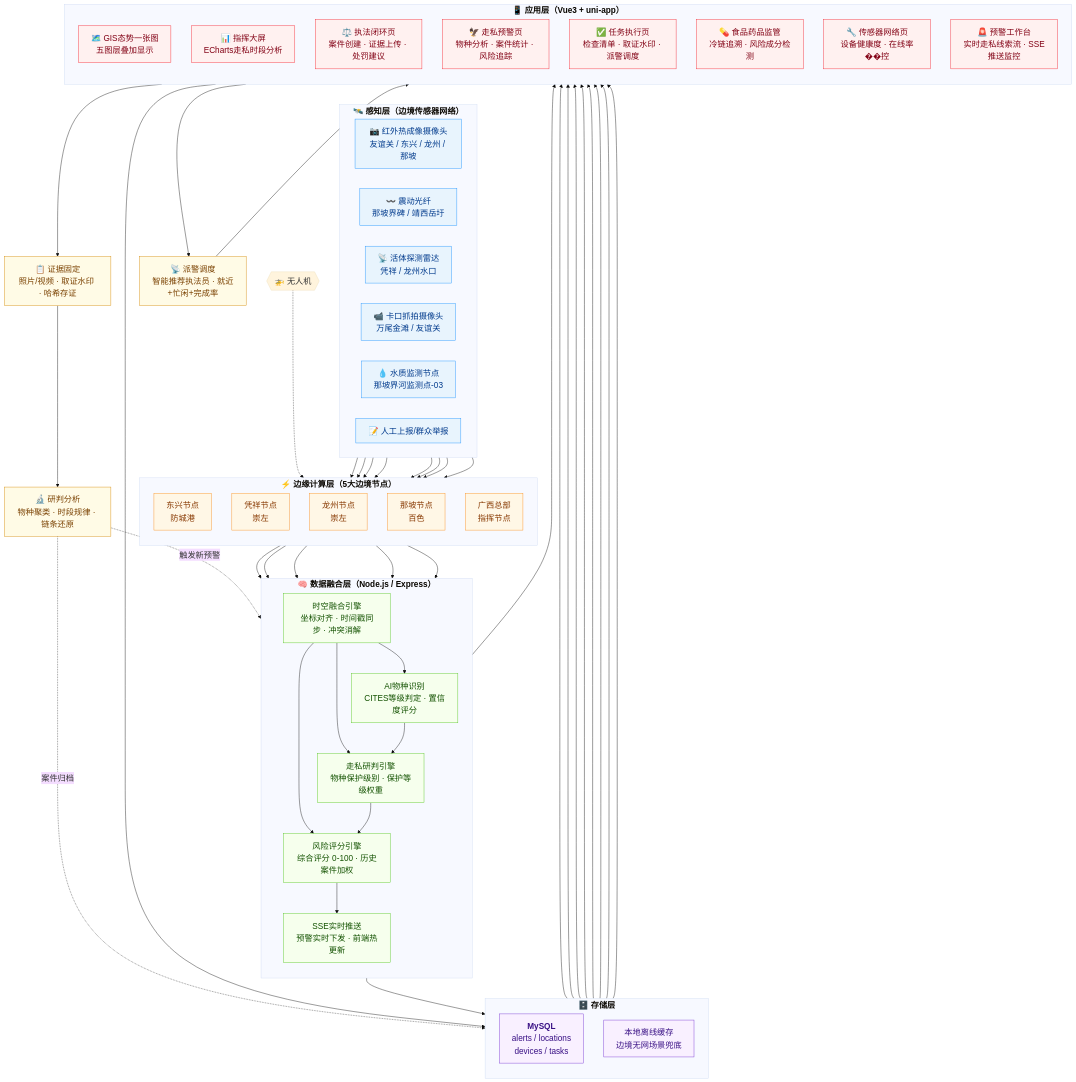
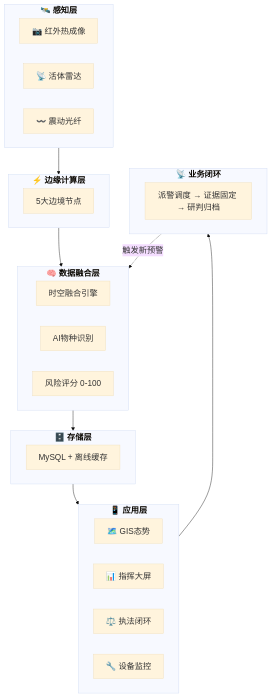
The diagram in architecture/README.md (ppqqmeimei-create/reyanqinxiao), drawn with Mermaid before and after one commit. The commit also changed other lines of this file, not shown here.

Commit message:
refactor: 简化架构图，保留核心模块，优化布局
Made-with: Cursor

````diff
--- a/architecture/README.md
+++ b/architecture/README.md
@@ -27,94 +27,41 @@
 ```mermaid
-%%{init: {'theme': 'base', 'themeVariables': { 'fontSize': '20px', 'nodeSpacing': '35', 'rankSpacing': '120'}}}%%
+%%{init: {'theme': 'base', 'themeVariables': { 'fontSize': '20px', 'nodeSpacing': '30', 'rankSpacing': '80'}}}%%
 flowchart TB
-    subgraph SENSOR["<b>🛰️ 感知层（边境传感器网络）</b>"]
-        direction LR
-        IR["📷 红外热成像摄像头\n友谊关 / 东兴 / 龙州 / 那坡"]
-        VIB["〰️ 震动光纤\n那坡界碑 / 靖西岳圩"]
-        RADAR["📡 活体探测雷达\n凭祥 / 龙州水口"]
-        CAM["📹 卡口抓拍摄像头\n万尾金滩 / 友谊关"]
-        WATER["💧 水质监测节点\n那坡界河监测点-03"]
-        MANUAL["📝 人工上报/群众举报"]
+    subgraph SENSOR["<b>🛰️ 感知层</b>"]
+        IR["📷 红外热成像"]
+        RADAR["📡 活体雷达"]
+        VIB["〰️ 震动光纤"]
     end
 
-    subgraph EDGE["<b>⚡ 边缘计算层（5大边境节点）</b>"]
-        direction TB
-        E1["东兴节点\n防城港"]
-        E2["凭祥节点\n崇左"]
-        E3["龙州节点\n崇左"]
-        E4["那坡节点\n百色"]
-        E5["广西总部\n指挥节点"]
+    subgraph EDGE["<b>⚡ 边缘计算层</b>"]
+        EDGE_NODE["5大边境节点"]
     end
 
-    subgraph FUSION["<b>🧠 数据融合层（Node.js / Express）</b>"]
-        direction TB
-        FUSE["时空融合引擎\n坐标对齐 · 时间戳同步 · 冲突消解"]
-        AI["AI物种识别\nCITES等级判定 · 置信度评分"]
-        JUDGE["走私研判引擎\n物种保护级别 · 保护等级权重"]
-        RISK["风险评分引擎\n综合评分 0-100 · 历史案件加权"]
-        SSE["SSE实时推送\n预警实时下发 · 前端热更新"]
+    subgraph FUSION["<b>🧠 数据融合层</b>"]
+        FUSE["时空融合引擎"]
+        AI["AI物种识别"]
+        RISK["风险评分 0-100"]
     end
 
     subgraph STORE["<b>🗄️ 存储层</b>"]
-        direction TB
-        MYSQL["<b>MySQL</b>\nalerts / locations\ndevices / tasks"]
-        CACHE["本地离线缓存\n边境无网场景兜底"]
+        MYSQL["MySQL + 离线缓存"]
     end
 
-    subgraph APP["<b>📱 应用层（Vue3 + uni-app）</b>"]
-        direction TB
-        GIS["🗺️ GIS态势一张图\n五图层叠加显示"]
-        DASH["📊 指挥大屏\nECharts走私时段分析"]
-        ENFORCE["⚖️ 执法闭环页\n案件创建 · 证据上传 · 处罚建议"]
-        WILDLIFE["🦅 走私预警页\n物种分析 · 案件统计 · 风险追踪"]
-        TASK["✅ 任务执行页\n检查清单 · 取证水印 · 派警调度"]
-        FOODDRUG["💊 食品药品监管\n冷链追溯 · 风险成分检测"]
-        DEV["🔧 传感器网络页\n设备健康度 · 在线率��控"]
-        ALERT_UI["🚨 预警工作台\n实时走私线索流 · SSE推送监控"]
+    subgraph APP["<b>📱 应用层</b>"]
+        GIS["🗺️ GIS态势"]
+        DASH["📊 指挥大屏"]
+        ENFORCE["⚖️ 执法闭环"]
+        DEV["🔧 设备监控"]
     end
 
-    IR & CAM --> E1
-    IR --> E2
-    VIB --> E4
-    RADAR --> E2 & E3
-    WATER --> E4
-    MANUAL --> E2
-    DRONE{{🚁 无人机}} -.-> E5
+    subgraph LOOP["<b>📡 业务闭环</b>"]
+        TASK["派警调度 → 证据固定 → 研判归档"]
+    end
 
-    E1 & E2 & E3 & E4 & E5 --> FUSE
-
-    FUSE --> AI
-    FUSE --> JUDGE
-    FUSE --> RISK
-    AI --> JUDGE
-    JUDGE --> RISK
-    RISK --> SSE
-    SSE --> ALERT_UI
-
-    FUSE --> MYSQL
-    ALERT_UI --> MYSQL
-
-    MYSQL --> GIS & DASH & ENFORCE & WILDLIFE & TASK & FOODDRUG & DEV
-    CACHE --> GIS
-
-    ALERT_UI --> DISPATCH["📡 派警调度\n智能推荐执法员 · 就近+忙闲+完成率"]
-    DISPATCH --> ENFORCE
-    ENFORCE --> EVIDENCE["📋 证据固定\n照片/视频 · 取证水印 · 哈希存证"]
-    EVIDENCE --> RESEARCH["🔬 研判分析\n物种聚类 · 时段规律 · 链条还原"]
-    RESEARCH -.->|触发新预警| SSE
-    RESEARCH -.->|案件归档| MYSQL
-
-    classDef SENSOR fill:#e8f4fd,stroke:#1890ff,color:#003a8c
-    classDef EDGE fill:#fff7e6,stroke:#fa8c16,color:#873800
-    classDef FUSION fill:#f6ffed,stroke:#52c41a,color:#135200
-    classDef STORE fill:#f9f0ff,stroke:#722ed1,color:#391085
-    classDef APP fill:#fff1f0,stroke:#f5222d,color:#820014
-    classDef LOOP fill:#fffbe6,stroke:#d48806,color:#7a4100
-
-    class IR,VIB,RADAR,CAM,WATER,MANUAL SENSOR
-    class E1,E2,E3,E4,E5 EDGE
-    class FUSE,AI,JUDGE,RISK,SSE FUSION
-    class MYSQL,CACHE STORE
-    class GIS,DASH,ENFORCE,WILDLIFE,TASK,FOODDRUG,DEV,ALERT_UI APP
-    class DISPATCH,EVIDENCE,RESEARCH LOOP
+    SENSOR --> EDGE
+    EDGE --> FUSION
+    FUSION --> STORE
+    STORE --> APP
+    APP --> LOOP
+    LOOP -.->|触发新预警| FUSION
 ```
````
